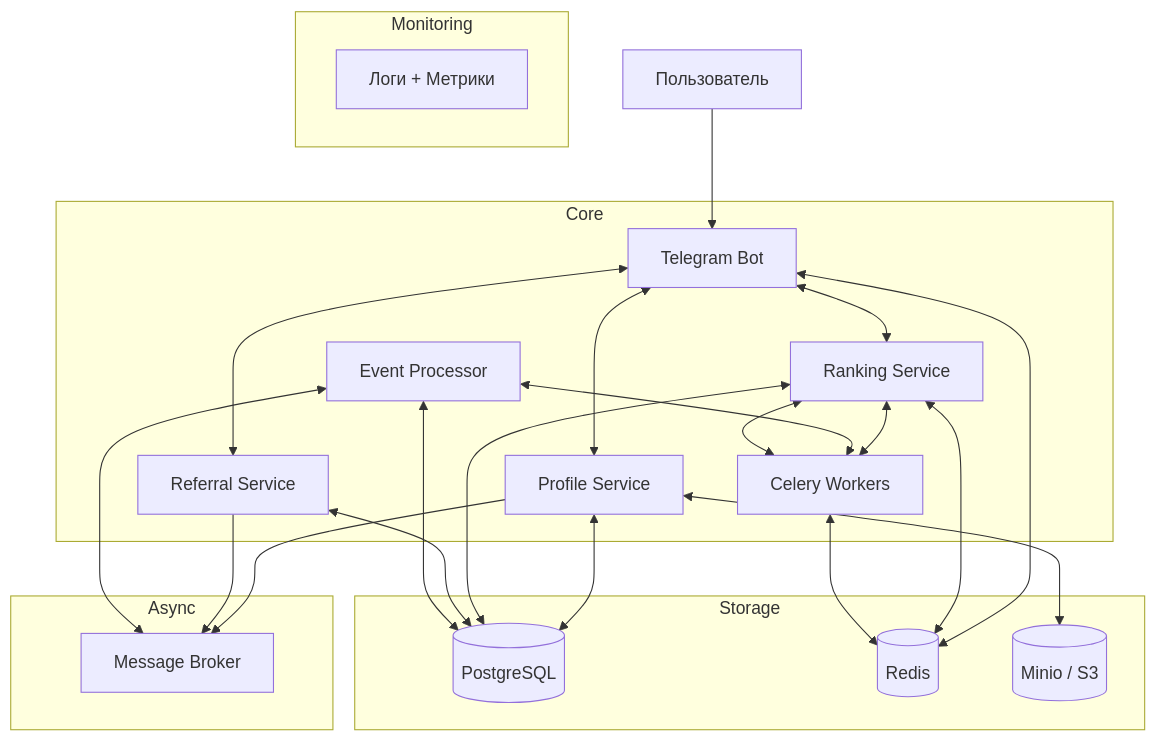
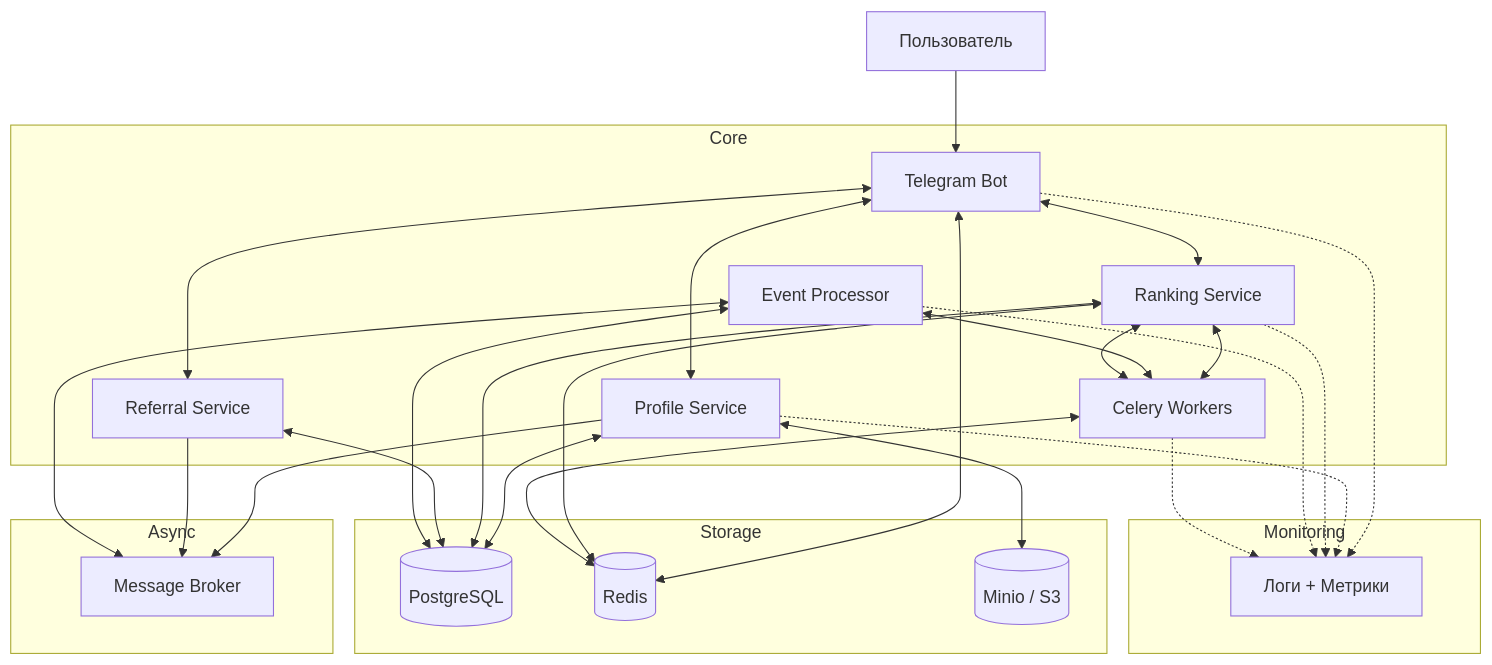
Before and after one commit to VanVaVa/dating-bot: the diagram in architecture.md, drawn with Mermaid.

Commit message:
fix architecture

````diff
--- a/architecture.md
+++ b/architecture.md
@@ -1,52 +1,57 @@
 ```mermaid
 graph TB
     User[Пользователь]
 
     subgraph Core
         Bot[Telegram Bot]
         Profile[Profile Service]
         Ranking[Ranking Service]
         Referral[Referral Service]
         EventProc[Event Processor]
         Celery[Celery Workers]
     end
 
     subgraph Storage
         DB[(PostgreSQL)]
         Redis[(Redis)]
         S3[(Minio / S3)]
     end
 
     subgraph Async
         Broker[Message Broker]
     end
 
     subgraph Monitoring
         Mon[Логи + Метрики]
     end
 
     User --> Bot
 
     Bot <--> Profile
     Bot <--> Ranking
     Bot <--> Referral
     Bot <--> Redis
 
     Profile <--> DB
     Profile <--> S3
     Profile --> Broker
 
     Ranking <--> DB
     Ranking <--> Redis
     Ranking <--> Celery
 
     Referral <--> DB
     Referral --> Broker
 
     EventProc <--> Broker
     EventProc <--> DB
     EventProc <--> Celery
 
     Celery <--> Ranking
     Celery <--> Redis
+    Bot -.-> Mon
+    Profile -.-> Mon
+    Ranking -.-> Mon
+    EventProc -.-> Mon
+    Celery -.-> Mon
 ```
````
